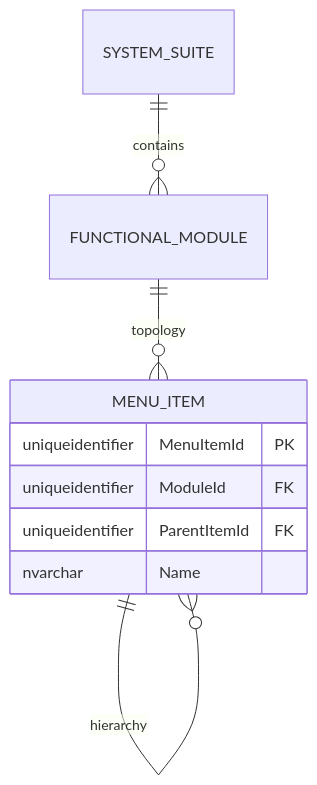
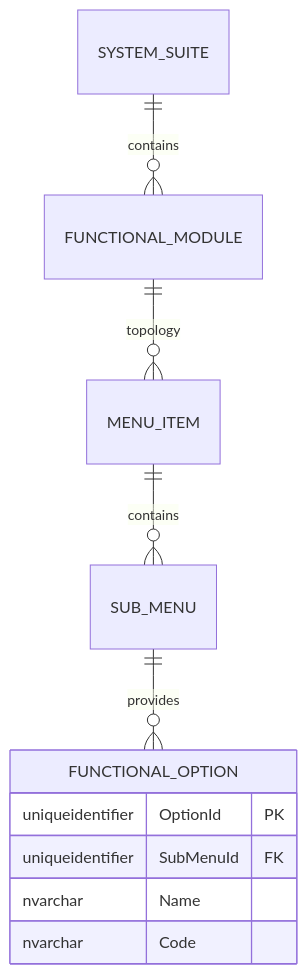
One commit to beyondnetcode/ums changed the third of 3 diagrams in architecture/blueprints/database-design-er.md. Above: the diagram before and after it, drawn with Mermaid. The commit also changed other lines of this file and 4 other files, not shown here.

Commit message:
feat(auth): implement Role-Scoped Template Governance and deep functional hierarchy (EN/ES)

````diff
--- a/architecture/blueprints/database-design-er.md
+++ b/architecture/blueprints/database-design-er.md
@@ -85,13 +77,14 @@
 ```mermaid
 erDiagram
     SYSTEM_SUITE ||--o{ FUNCTIONAL_MODULE : "contains"
     FUNCTIONAL_MODULE ||--o{ MENU_ITEM : "topology"
-    MENU_ITEM ||--o{ MENU_ITEM : "hierarchy"
+    MENU_ITEM ||--o{ SUB_MENU : "contains"
+    SUB_MENU ||--o{ FUNCTIONAL_OPTION : "provides"
     
-    MENU_ITEM {
-        uniqueidentifier MenuItemId PK
-        uniqueidentifier ModuleId FK
-        uniqueidentifier ParentItemId FK
+    FUNCTIONAL_OPTION {
+        uniqueidentifier OptionId PK
+        uniqueidentifier SubMenuId FK
         nvarchar Name
+        nvarchar Code
     }
 ```
````
